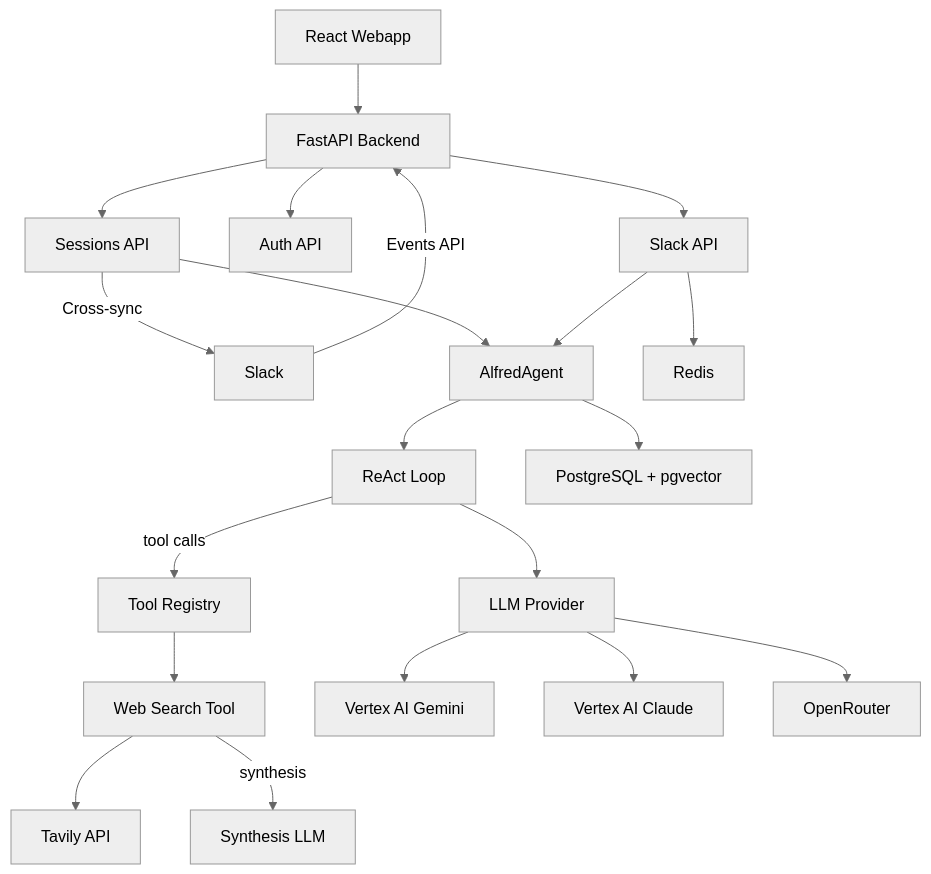
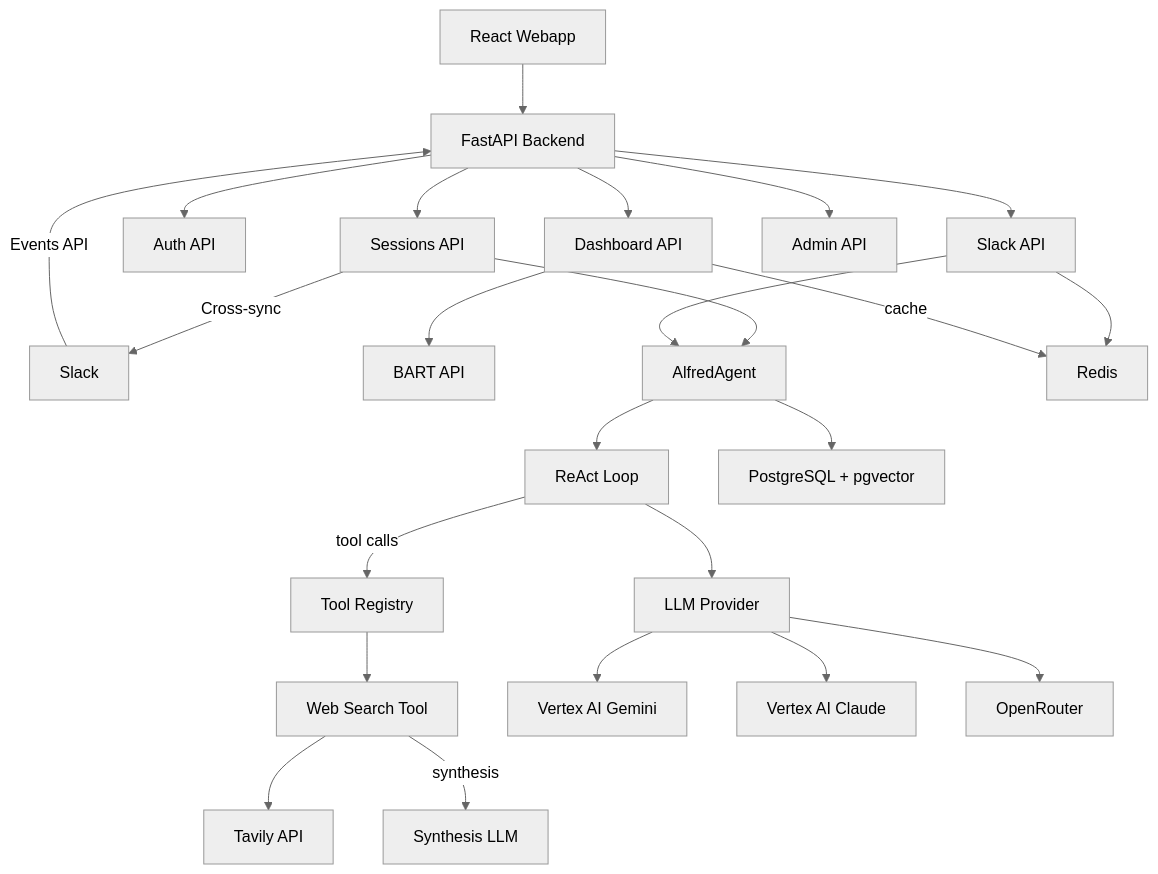
One commit to tekkno89/alfred-pa changed the diagram in .claude/diagrams/architecture.md. Above: the diagram before and after it, drawn with Mermaid (neutral theme). The commit also changed other lines of this file and 30 other files, not shown here.

First line of the commit message:
feat: Add dashboard with BART real-time departures and admin panel

````diff
--- a/.claude/diagrams/architecture.md
+++ b/.claude/diagrams/architecture.md
@@ -5,22 +5,26 @@
 ```mermaid
 graph TD
     A[React Webapp] --> B[FastAPI Backend]
     C[Slack] -->|Events API| B
     B --> D[Sessions API]
     B --> E[Auth API]
     B --> S[Slack API]
+    B --> DA[Dashboard API]
+    B --> AD[Admin API]
+    DA --> BART[BART API]
     D --> F[AlfredAgent]
     S --> F
     F --> G[ReAct Loop]
     G --> H[LLM Provider]
     G -->|tool calls| T[Tool Registry]
     T --> WS[Web Search Tool]
     WS --> TV[Tavily API]
     WS -->|synthesis| H2[Synthesis LLM]
     H --> I[Vertex AI Gemini]
     H --> J[Vertex AI Claude]
     H --> K[OpenRouter]
     F --> L[PostgreSQL + pgvector]
     S --> M[Redis]
+    DA -->|cache| M
     D -->|Cross-sync| C
 ```
````
